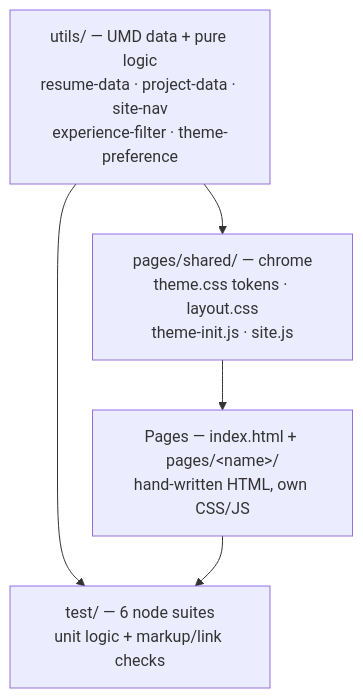
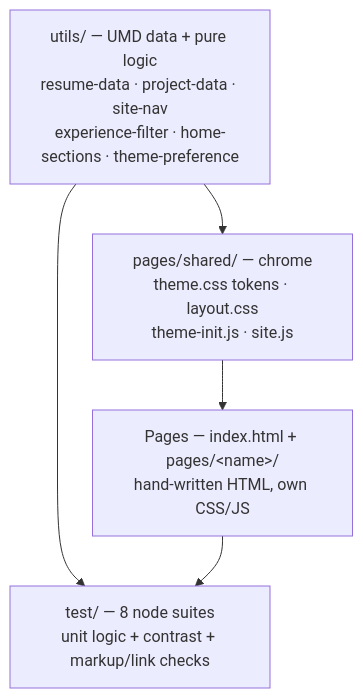
One commit to Jamieatucker/portfolio changed the diagram in docs/multi-page-architecture.md. Above: the diagram before and after it, drawn with Mermaid. The commit also changed 11 other files, not shown here.

````diff
--- a/docs/multi-page-architecture.md
+++ b/docs/multi-page-architecture.md
@@ -18,10 +18,10 @@
 ```mermaid
 flowchart TD
-    A["utils/ — UMD data + pure logic<br/>resume-data · project-data · site-nav<br/>experience-filter · theme-preference"]
+    A["utils/ — UMD data + pure logic<br/>resume-data · project-data · site-nav<br/>experience-filter · home-sections · theme-preference"]
     B["pages/shared/ — chrome<br/>theme.css tokens · layout.css<br/>theme-init.js · site.js"]
     C["Pages — index.html + pages/&lt;name&gt;/<br/>hand-written HTML, own CSS/JS"]
-    D["test/ — 6 node suites<br/>unit logic + markup/link checks"]
+    D["test/ — 8 node suites<br/>unit logic + contrast + markup/link checks"]
     A --> B --> C
     A --> D
     C --> D
 ```
````
